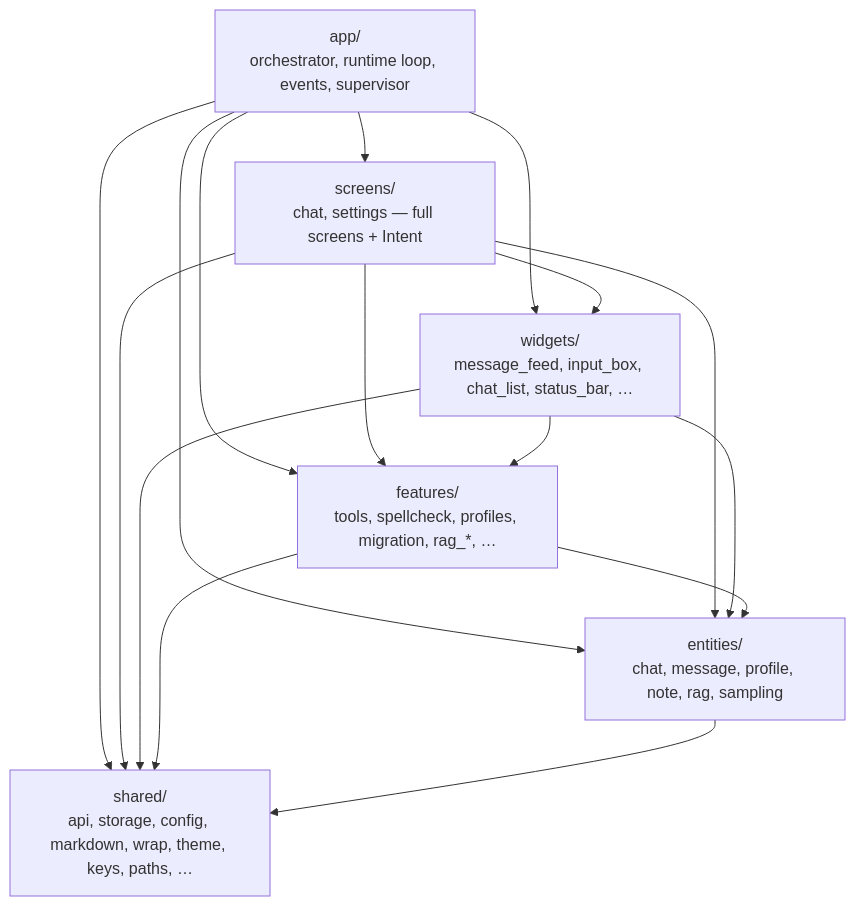
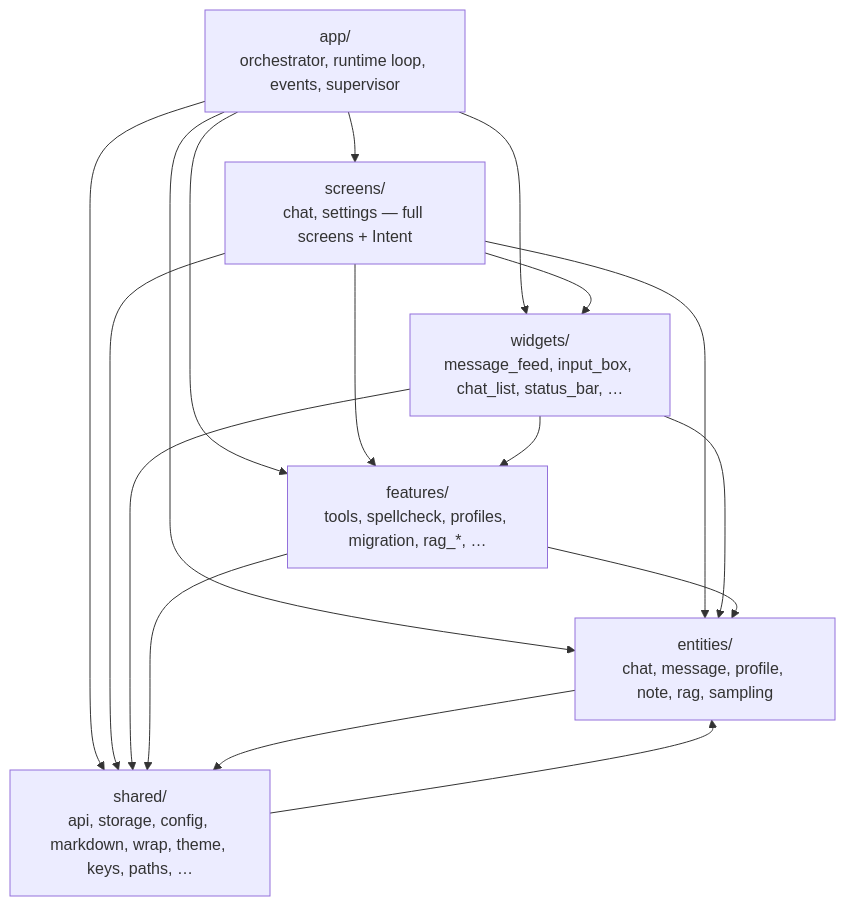
Before and after one commit to vshylov/mindfork-rs: the second of 17 diagrams in docs/architecture.md, drawn with Mermaid. The commit also changed other lines of this file and 6 other files, not shown here.

````diff
--- a/docs/architecture.md
+++ b/docs/architecture.md
@@ -98,25 +107,26 @@
 ```mermaid
 flowchart TD
     app["app/<br/>orchestrator, runtime loop, events, supervisor"]
     screens["screens/<br/>chat, settings — full screens + Intent"]
     widgets["widgets/<br/>message_feed, input_box, chat_list, status_bar, …"]
     features["features/<br/>tools, spellcheck, profiles, migration, rag_*, …"]
     entities["entities/<br/>chat, message, profile, note, rag, sampling"]
     shared["shared/<br/>api, storage, config, markdown, wrap, theme, keys, paths, …"]
 
     app --> screens
     app --> widgets
     app --> features
     app --> entities
     app --> shared
     screens --> widgets
     screens --> features
     screens --> entities
     screens --> shared
     widgets --> features
     widgets --> entities
     widgets --> shared
     features --> entities
     features --> shared
     entities --> shared
+    shared --> entities
 ```
````
